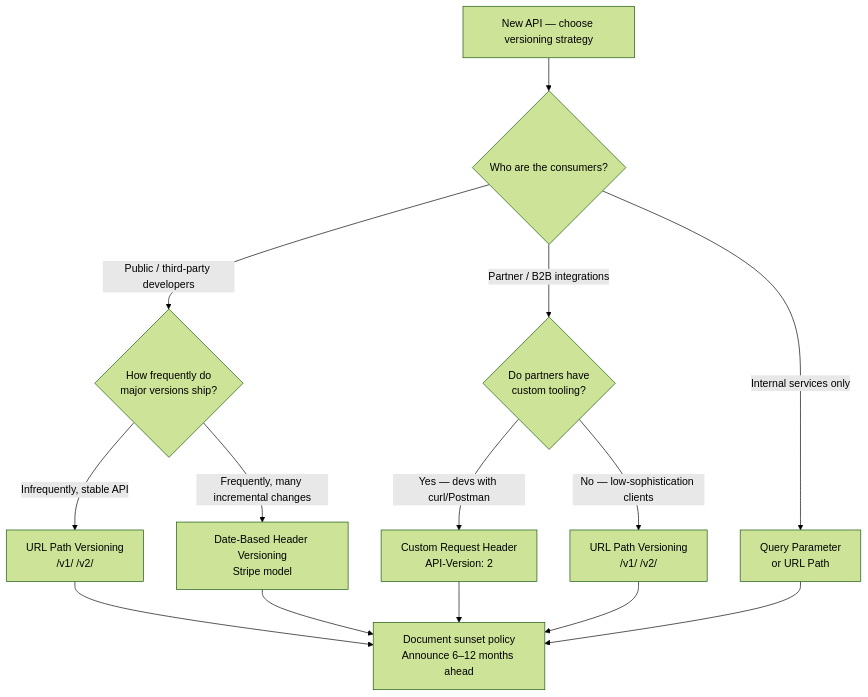
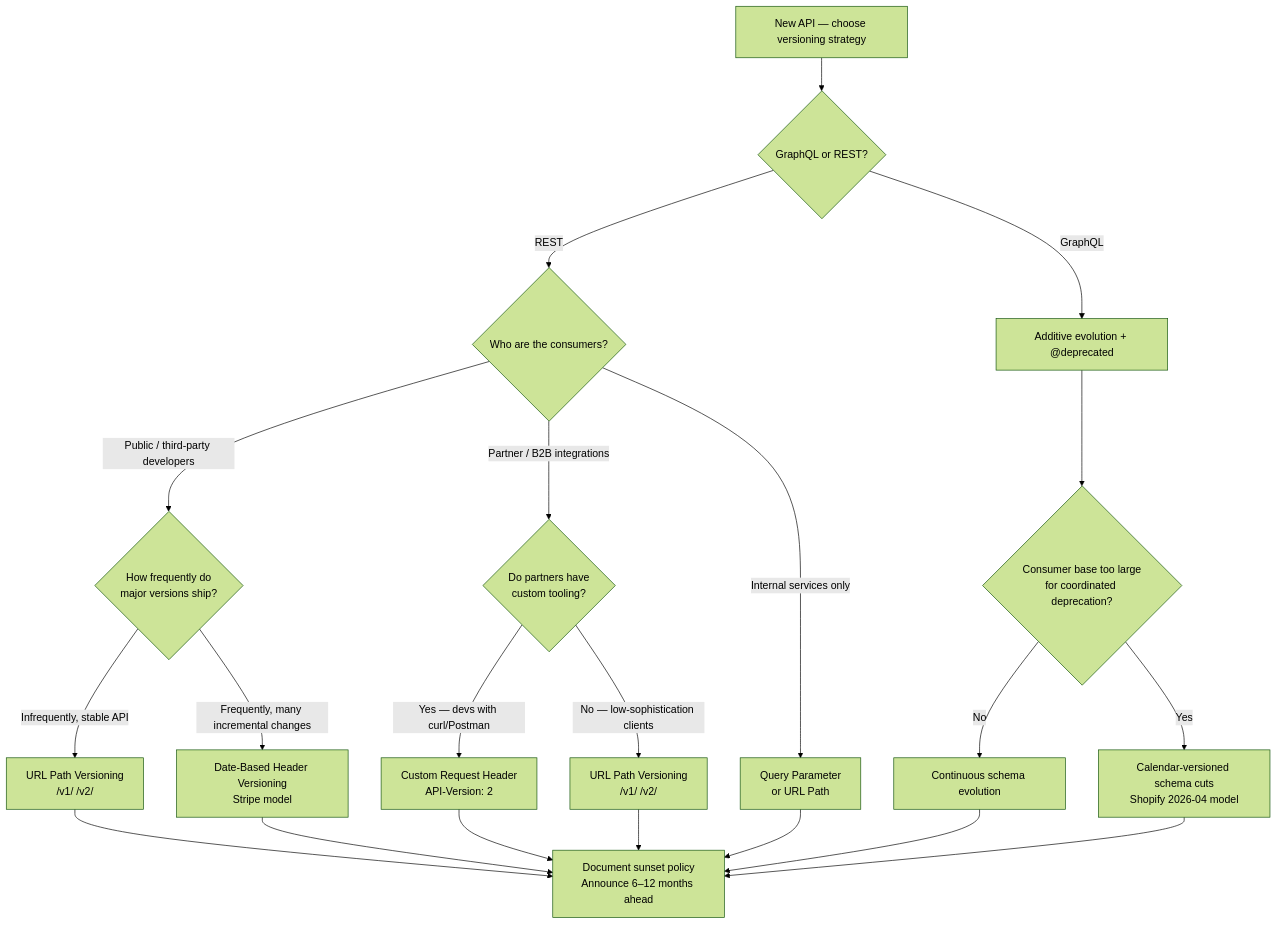
One commit to alivedise/backend-engineering-essentials changed the diagram in docs/en/api-design/api-versioning-strategies.md. Above: the diagram before and after it, drawn with Mermaid (forest theme). The commit also changed other lines of this file and 1 other file, not shown here.

First line of the commit message:
docs(bee-4002): add GraphQL schema evolution as a versioning path

````diff
--- a/docs/en/api-design/api-versioning-strategies.md
+++ b/docs/en/api-design/api-versioning-strategies.md
@@ -197,20 +235,27 @@
 ```mermaid
 flowchart TD
-    A[New API — choose versioning strategy] --> B{Who are the consumers?}
+    Z[New API — choose versioning strategy] --> Y{GraphQL or REST?}
+    Y -->|GraphQL| YG[Additive evolution + @deprecated]
+    YG --> YGQ{Consumer base too large\nfor coordinated deprecation?}
+    YGQ -->|No| YGA[Continuous schema evolution]
+    YGQ -->|Yes| YGB[Calendar-versioned schema cuts\nShopify 2026-04 model]
 
+    Y -->|REST| B{Who are the consumers?}
     B -->|Public / third-party developers| C{How frequently do\nmajor versions ship?}
     B -->|Partner / B2B integrations| D{Do partners have\ncustom tooling?}
     B -->|Internal services only| E[Query Parameter\nor URL Path]
 
     C -->|Infrequently, stable API| F[URL Path Versioning\n/v1/ /v2/]
     C -->|Frequently, many incremental changes| G[Date-Based Header Versioning\nStripe model]
 
     D -->|Yes — devs with curl/Postman| H[Custom Request Header\nAPI-Version: 2]
     D -->|No — low-sophistication clients| I[URL Path Versioning\n/v1/ /v2/]
 
     F --> J[Document sunset policy\nAnnounce 6–12 months ahead]
     G --> J
     H --> J
     I --> J
     E --> J
+    YGA --> J
+    YGB --> J
 ```
````
